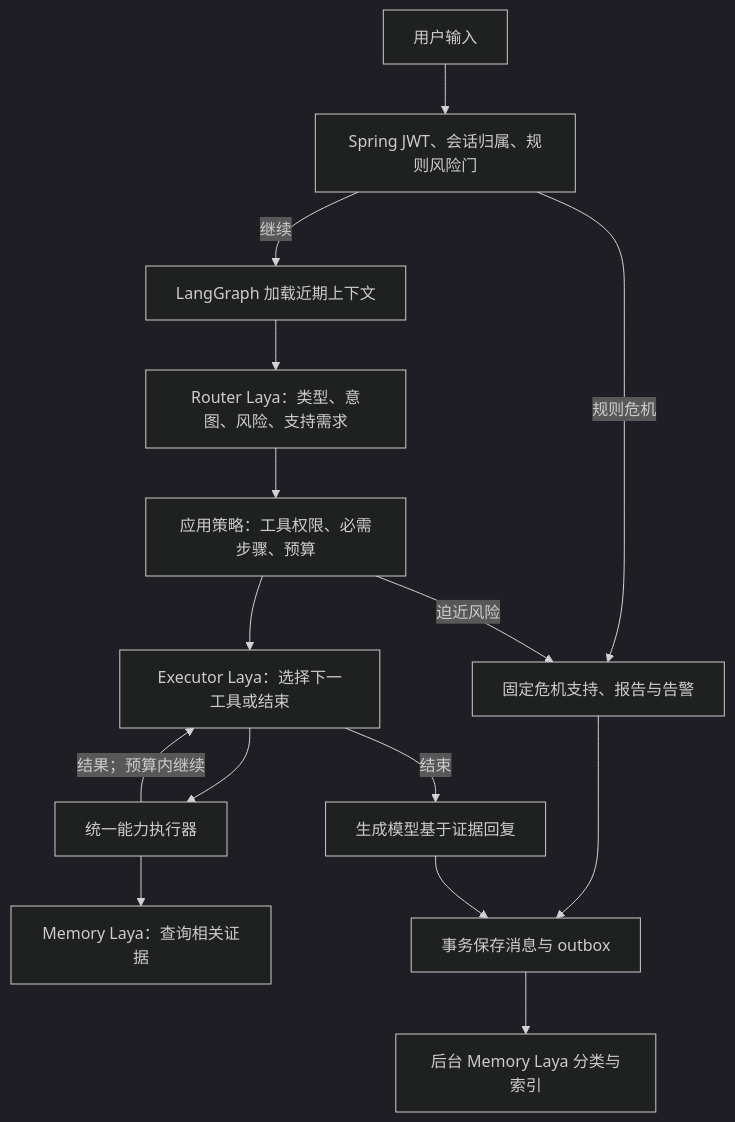
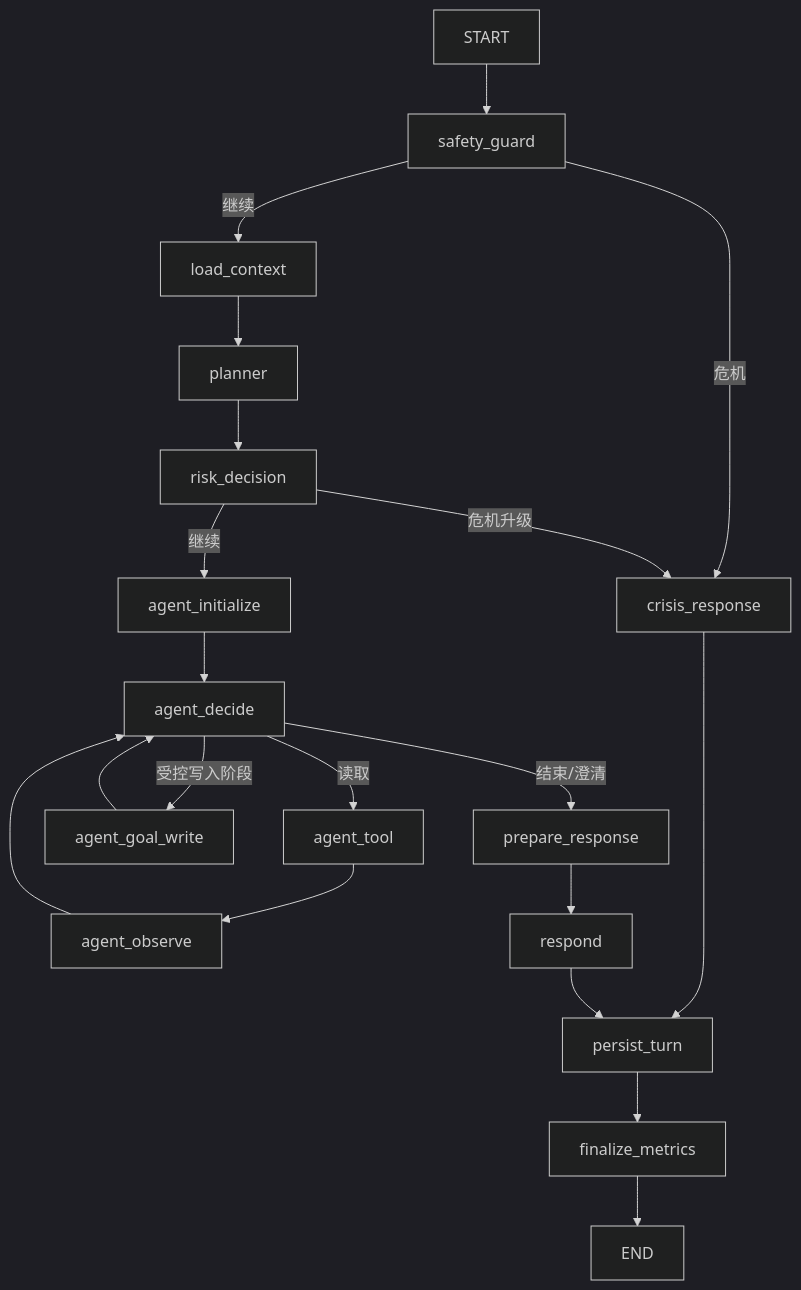
One commit to Vaniloo/psych-agent-engineering changed the diagram in docs/architecture.md. Above: the diagram before and after it, drawn with Mermaid (dark theme). The commit also changed other lines of this file and 202 other files, not shown here.

````diff
--- a/docs/architecture.md
+++ b/docs/architecture.md
@@ -5,17 +19,22 @@
 ```mermaid
 flowchart TD
-    U[用户输入] --> J[Spring JWT、会话归属、规则风险门]
-    J -->|规则危机| C[固定危机支持、报告与告警]
-    J -->|继续| G[LangGraph 加载近期上下文]
-    G --> R[Router Laya：类型、意图、风险、支持需求]
-    R --> P[应用策略：工具权限、必需步骤、预算]
-    P -->|迫近风险| C
-    P --> E[Executor Laya：选择下一工具或结束]
-    E --> T[统一能力执行器]
-    T -->|结果；预算内继续| E
-    T --> M[Memory Laya：查询相关证据]
-    E -->|结束| O[生成模型基于证据回复]
-    C --> S[事务保存消息与 outbox]
-    O --> S
-    S --> A[后台 Memory Laya 分类与索引]
+    START --> SAFE[safety_guard]
+    SAFE -->|危机| CRISIS[crisis_response]
+    SAFE -->|继续| LOAD[load_context]
+    LOAD --> PLAN[planner]
+    PLAN --> RISK[risk_decision]
+    RISK -->|危机升级| CRISIS
+    RISK -->|继续| INIT[agent_initialize]
+    INIT --> DECIDE[agent_decide]
+    DECIDE -->|读取| TOOL[agent_tool]
+    TOOL --> OBS[agent_observe]
+    OBS --> DECIDE
+    DECIDE -->|受控写入阶段| WRITE[agent_goal_write]
+    WRITE --> DECIDE
+    DECIDE -->|结束/澄清| PREP[prepare_response]
+    PREP --> RESP[respond]
+    CRISIS --> SAVE[persist_turn]
+    RESP --> SAVE
+    SAVE --> METRIC[finalize_metrics]
+    METRIC --> END
 ```
````
